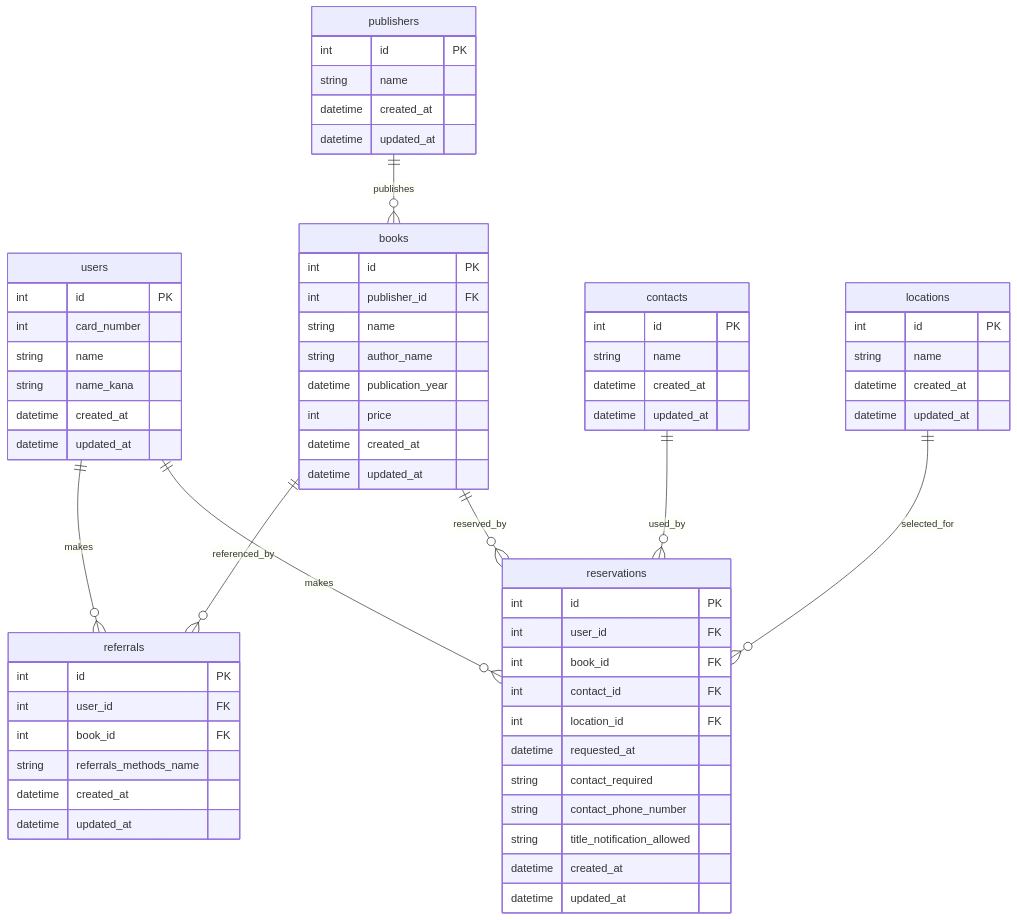
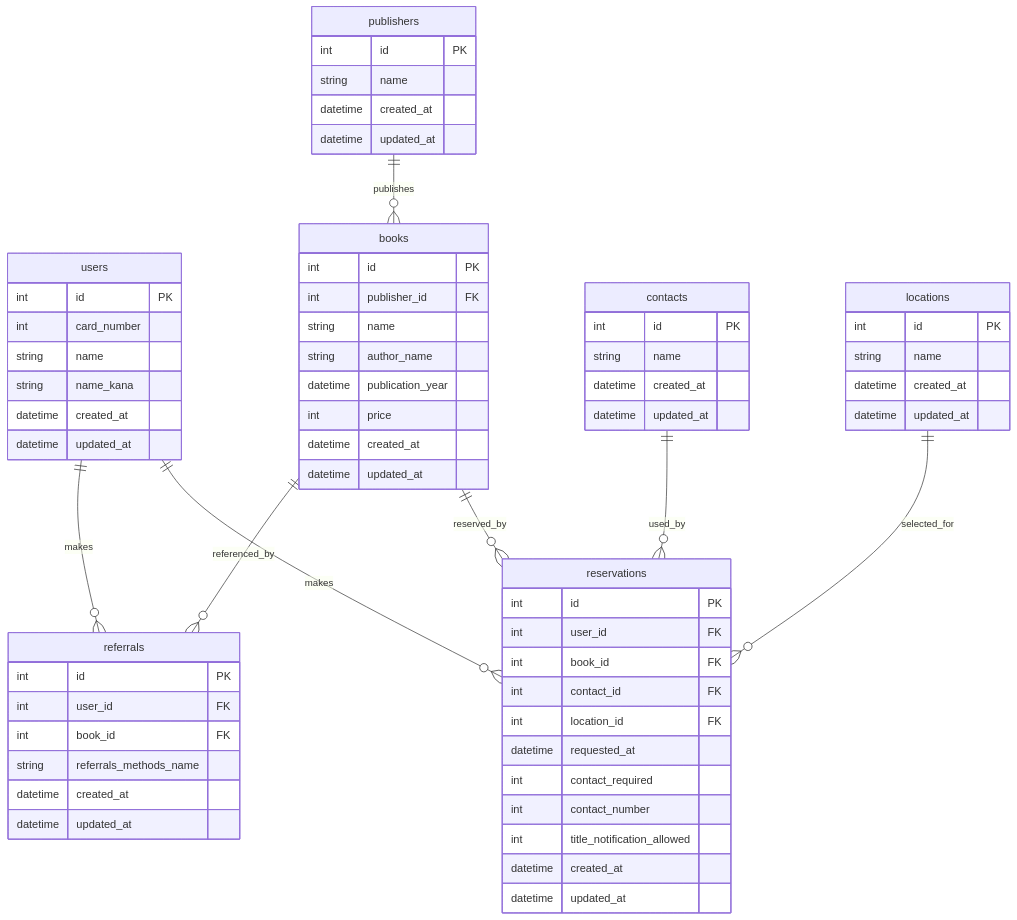
One commit to mikuta001/ERD changed the diagram in lesson2/lesson2.md. Above: the diagram before and after it, drawn with Mermaid.

````diff
--- a/lesson2/lesson2.md
+++ b/lesson2/lesson2.md
@@ -1,75 +1,75 @@
 ```mermaid
 erDiagram
 
   reservations {
     int id PK
     int user_id FK
     int book_id FK
     int contact_id FK
     int location_id FK
     datetime requested_at
-    string contact_required
-    string contact_phone_number
-    string title_notification_allowed
+    int contact_required
+    int contact_number
+    int title_notification_allowed
     datetime created_at
     datetime updated_at
   }
 
   users {
     int id PK
     int card_number
     string name
     string name_kana
     datetime created_at
     datetime updated_at
   }
 
   books {
     int id PK
     int publisher_id FK
     string name
     string author_name
     datetime publication_year
     int price
     datetime created_at
     datetime updated_at
   }
 
   publishers {
     int id PK
     string name
     datetime created_at
     datetime updated_at
   }
 
   contacts {
     int id PK
     string name
     datetime created_at
     datetime updated_at
   }
 
   referrals {
     int id PK
     int user_id FK
     int book_id FK
     string referrals_methods_name
     datetime created_at
     datetime updated_at
   }
 
   locations {
     int id PK
     string name
     datetime created_at
     datetime updated_at
   }
 
   users ||--o{ reservations : makes
   books ||--o{ reservations : reserved_by
   publishers ||--o{ books : publishes
   contacts ||--o{ reservations : used_by
   locations ||--o{ reservations : selected_for
   users ||--o{ referrals : makes
   books ||--o{ referrals : referenced_by
 ```
````
